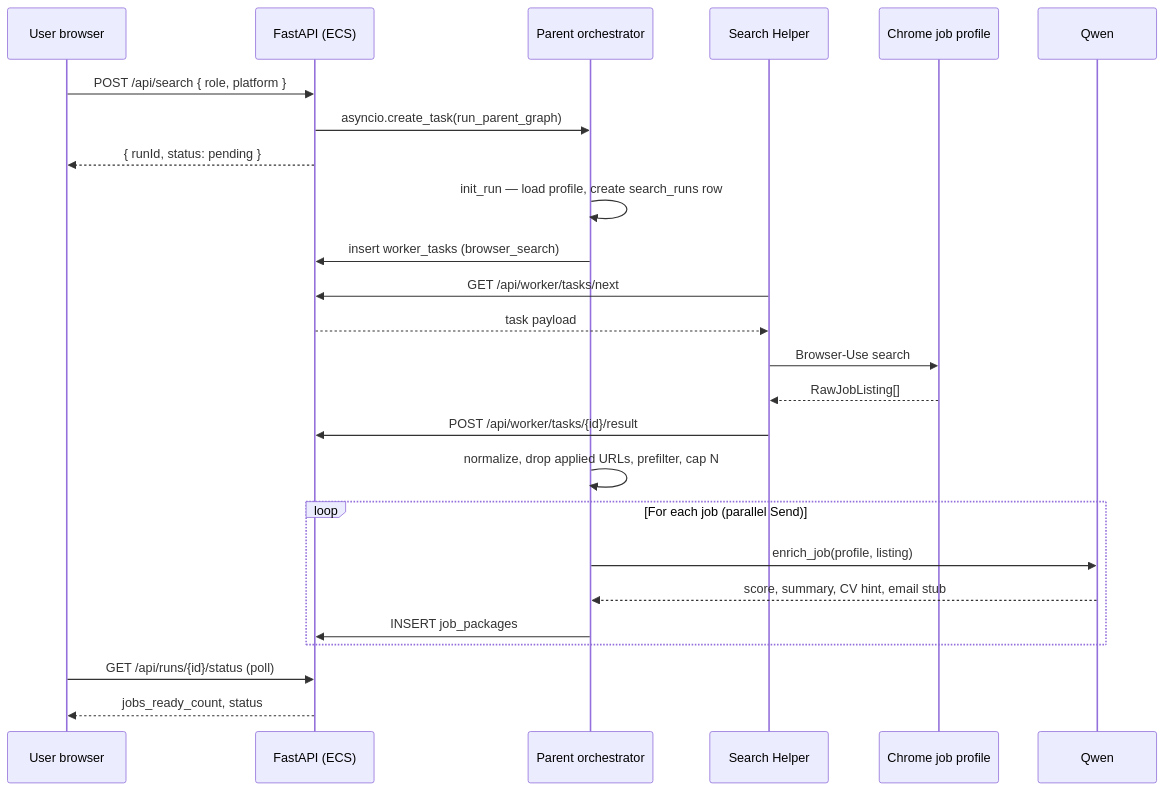
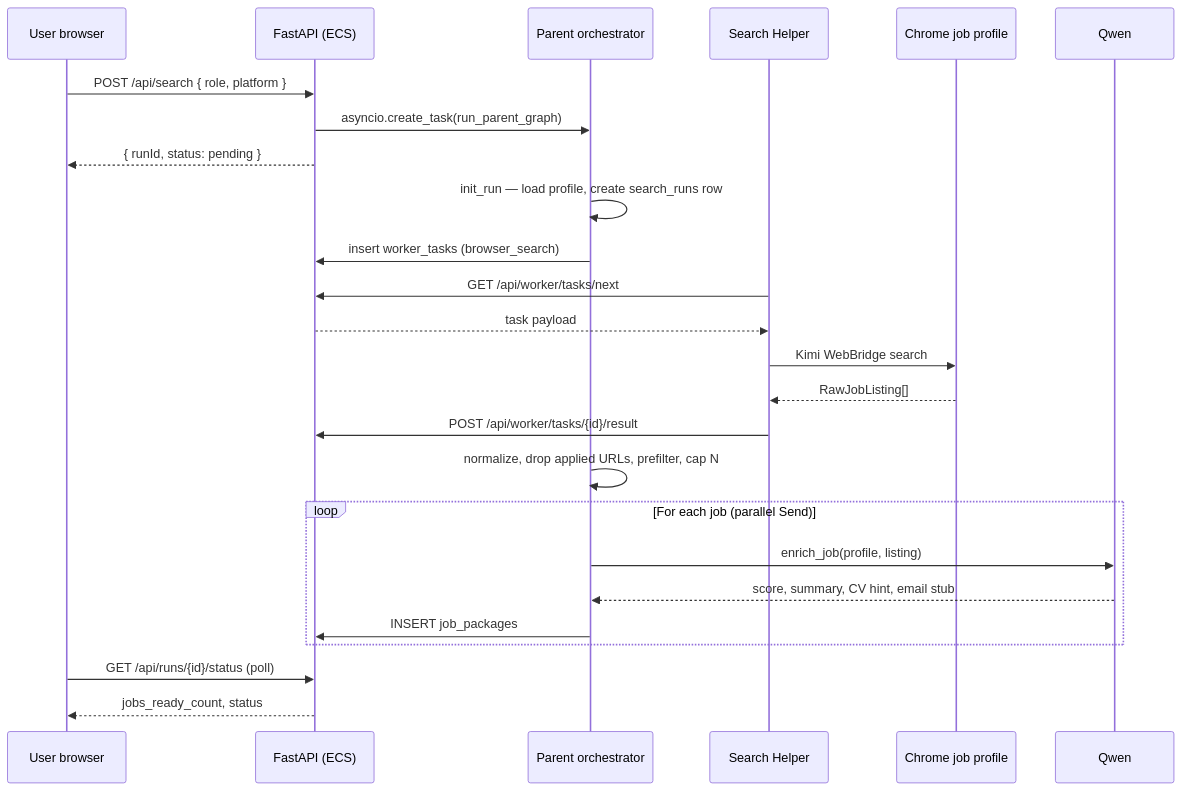
One commit to HamzaFayaz/JobPilot changed the second of 2 diagrams in docs/discussion/discussion-agentic-design.md. Above: the diagram before and after it, drawn with Mermaid. The commit also changed other lines of this file and 23 other files, not shown here.

Commit message:
Refactor browser provider to Kimi WebBridge, replacing deprecated Browser-Use. Update documentation and configuration files to reflect changes in the Search Helper architecture and user setup. Ensure seamless integration with existing APIs and maintain user session continuity in Chrome.

````diff
--- a/docs/discussion/discussion-agentic-design.md
+++ b/docs/discussion/discussion-agentic-design.md
@@ -109,31 +111,31 @@
 ```mermaid
 sequenceDiagram
     participant U as User browser
     participant API as FastAPI (ECS)
     participant G as Parent orchestrator
     participant H as Search Helper
     participant C as Chrome job profile
     participant Q as Qwen
 
     U->>API: POST /api/search { role, platform }
     API->>G: asyncio.create_task(run_parent_graph)
     API-->>U: { runId, status: pending }
 
     G->>G: init_run — load profile, create search_runs row
     G->>API: insert worker_tasks (browser_search)
     H->>API: GET /api/worker/tasks/next
     API-->>H: task payload
-    H->>C: Browser-Use search
+    H->>C: Kimi WebBridge search
     C-->>H: RawJobListing[]
     H->>API: POST /api/worker/tasks/{id}/result
 
     G->>G: normalize, drop applied URLs, prefilter, cap N
     loop For each job (parallel Send)
         G->>Q: enrich_job(profile, listing)
         Q-->>G: score, summary, CV hint, email stub
         G->>API: INSERT job_packages
     end
 
     U->>API: GET /api/runs/{id}/status (poll)
     API-->>U: jobs_ready_count, status
 ```
````
